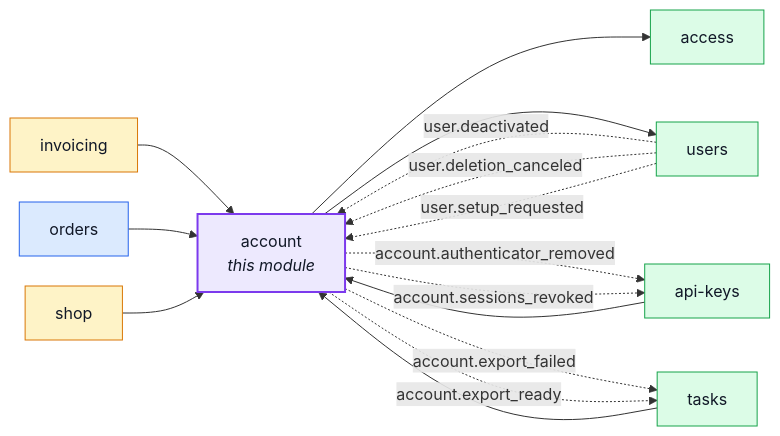
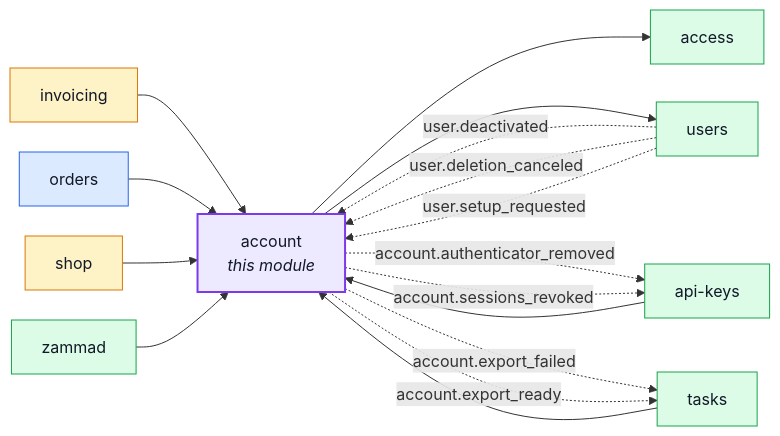
One commit to Guebbit/boilerplate-node-backend changed the first of 2 diagrams in docs/modules/account.md. Above: the diagram before and after it, drawn with Mermaid. The commit also changed 48 other files, not shown here.

````diff
--- a/docs/modules/account.md
+++ b/docs/modules/account.md
@@ -23,36 +23,38 @@
 ```mermaid
 %%{init: {'flowchart': {'nodeSpacing': 30, 'rankSpacing': 60}}}%%
 flowchart LR
     account["account<br/><i>this module</i>"]
     access["access"]
     api_keys["api-keys"]
     invoicing["invoicing"]
     orders["orders"]
     shop["shop"]
     tasks["tasks"]
     users["users"]
+    zammad["zammad"]
 
     api_keys --> account
     invoicing --> account
     orders --> account
     shop --> account
     tasks --> account
+    zammad --> account
     account --> access
     account --> users
     users -. "user.deactivated" .-> account
     users -. "user.deletion_canceled" .-> account
     users -. "user.setup_requested" .-> account
     account -. "account.authenticator_removed" .-> api_keys
     account -. "account.sessions_revoked" .-> api_keys
     account -. "account.export_failed" .-> tasks
     account -. "account.export_ready" .-> tasks
 
     classDef core fill:#dbeafe,stroke:#2563eb,color:#111827;
     classDef supporting fill:#fef3c7,stroke:#d97706,color:#111827;
     classDef generic fill:#dcfce7,stroke:#16a34a,color:#111827;
     classDef centre fill:#ede9fe,stroke:#7c3aed,stroke-width:2px,color:#111827;
     class orders core;
     class invoicing,shop supporting;
-    class access,api_keys,tasks,users generic;
+    class access,api_keys,tasks,users,zammad generic;
     class account centre;
 ```
````
